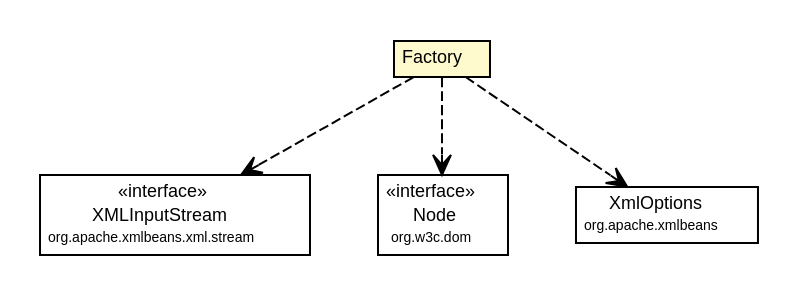
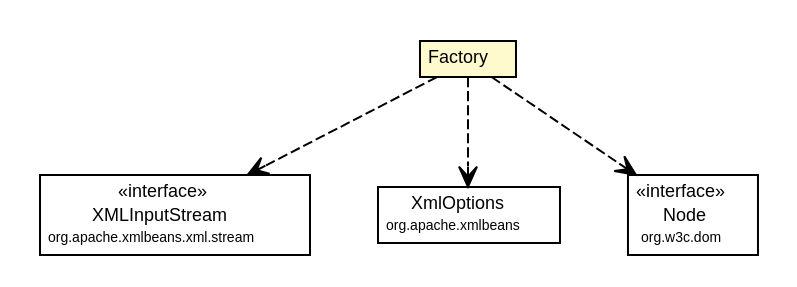
One commit to synchronoss/cpo-api changed the diagram in site/apidocs/org/synchronoss/cpo/core/cpoCoreMeta/CpoMetaDataDocument.Factory.dot. Above: the diagram before and after it, drawn with Graphviz. The commit also changed 872 other files, not shown here.

```diff
--- a/site/apidocs/org/synchronoss/cpo/core/cpoCoreMeta/CpoMetaDataDocument.Factory.dot
+++ b/site/apidocs/org/synchronoss/cpo/core/cpoCoreMeta/CpoMetaDataDocument.Factory.dot
@@ -1,45 +1,45 @@
 #!/usr/local/bin/dot
 #
 # Class diagram 
 # Generated by UmlGraph version 4.6 (http://www.spinellis.gr/sw/umlgraph)
 #
 
 digraph G {
 	edge [fontname="Helvetica",fontsize=10,labelfontname="Helvetica",labelfontsize=10];
 	node [fontname="Helvetica",fontsize=10,shape=plaintext];
 	// org.synchronoss.cpo.core.cpoCoreMeta.CpoMetaDataDocument.Factory
 	c23324 [label=<<table border="0" cellborder="1" cellspacing="0" cellpadding="2" port="p" bgcolor="lemonChiffon" href="./CpoMetaDataDocument.Factory.html">
 		<tr><td><table border="0" cellspacing="0" cellpadding="1">
 			<tr><td> Factory </td></tr>
 		</table></td></tr>
 		</table>>, fontname="Helvetica", fontcolor="black", fontsize=9.0];
 	// org.synchronoss.cpo.core.cpoCoreMeta.CpoMetaDataDocument.Factory DEPEND org.apache.xmlbeans.xml.stream.XMLInputStream
 	c23324:p -> c23467:p [taillabel="", label="", headlabel="", fontname="Helvetica", fontcolor="black", fontsize=10.0, color="black", arrowhead=open, style=dashed];
+	// org.synchronoss.cpo.core.cpoCoreMeta.CpoMetaDataDocument.Factory DEPEND org.apache.xmlbeans.XmlOptions
+	c23324:p -> c23468:p [taillabel="", label="", headlabel="", fontname="Helvetica", fontcolor="black", fontsize=10.0, color="black", arrowhead=open, style=dashed];
 	// org.synchronoss.cpo.core.cpoCoreMeta.CpoMetaDataDocument.Factory DEPEND org.w3c.dom.Node
-	c23324:p -> c23468:p [taillabel="", label="", headlabel="", fontname="Helvetica", fontcolor="black", fontsize=10.0, color="black", arrowhead=open, style=dashed];
-	// org.synchronoss.cpo.core.cpoCoreMeta.CpoMetaDataDocument.Factory DEPEND org.apache.xmlbeans.XmlOptions
 	c23324:p -> c23469:p [taillabel="", label="", headlabel="", fontname="Helvetica", fontcolor="black", fontsize=10.0, color="black", arrowhead=open, style=dashed];
 	// org.apache.xmlbeans.xml.stream.XMLInputStream
 	c23467 [label=<<table border="0" cellborder="1" cellspacing="0" cellpadding="2" port="p" href="http://java.sun.com/j2se/1.4.2/docs/api/org/apache/xmlbeans/xml/stream/XMLInputStream.html">
 		<tr><td><table border="0" cellspacing="0" cellpadding="1">
 			<tr><td> &laquo;interface&raquo; </td></tr>
 			<tr><td> XMLInputStream </td></tr>
 			<tr><td><font point-size="7.0"> org.apache.xmlbeans.xml.stream </font></td></tr>
 		</table></td></tr>
 		</table>>, fontname="Helvetica", fontcolor="black", fontsize=9.0];
 	// org.apache.xmlbeans.XmlOptions
-	c23469 [label=<<table border="0" cellborder="1" cellspacing="0" cellpadding="2" port="p" href="http://java.sun.com/j2se/1.4.2/docs/api/org/apache/xmlbeans/XmlOptions.html">
+	c23468 [label=<<table border="0" cellborder="1" cellspacing="0" cellpadding="2" port="p" href="http://java.sun.com/j2se/1.4.2/docs/api/org/apache/xmlbeans/XmlOptions.html">
 		<tr><td><table border="0" cellspacing="0" cellpadding="1">
 			<tr><td> XmlOptions </td></tr>
 			<tr><td><font point-size="7.0"> org.apache.xmlbeans </font></td></tr>
 		</table></td></tr>
 		</table>>, fontname="Helvetica", fontcolor="black", fontsize=9.0];
 	// org.w3c.dom.Node
-	c23468 [label=<<table border="0" cellborder="1" cellspacing="0" cellpadding="2" port="p" href="http://java.sun.com/j2se/1.4.2/docs/api/org/w3c/dom/Node.html">
+	c23469 [label=<<table border="0" cellborder="1" cellspacing="0" cellpadding="2" port="p" href="http://java.sun.com/j2se/1.4.2/docs/api/org/w3c/dom/Node.html">
 		<tr><td><table border="0" cellspacing="0" cellpadding="1">
 			<tr><td> &laquo;interface&raquo; </td></tr>
 			<tr><td> Node </td></tr>
 			<tr><td><font point-size="7.0"> org.w3c.dom </font></td></tr>
 		</table></td></tr>
 		</table>>, fontname="Helvetica", fontcolor="black", fontsize=9.0];
 }
```
